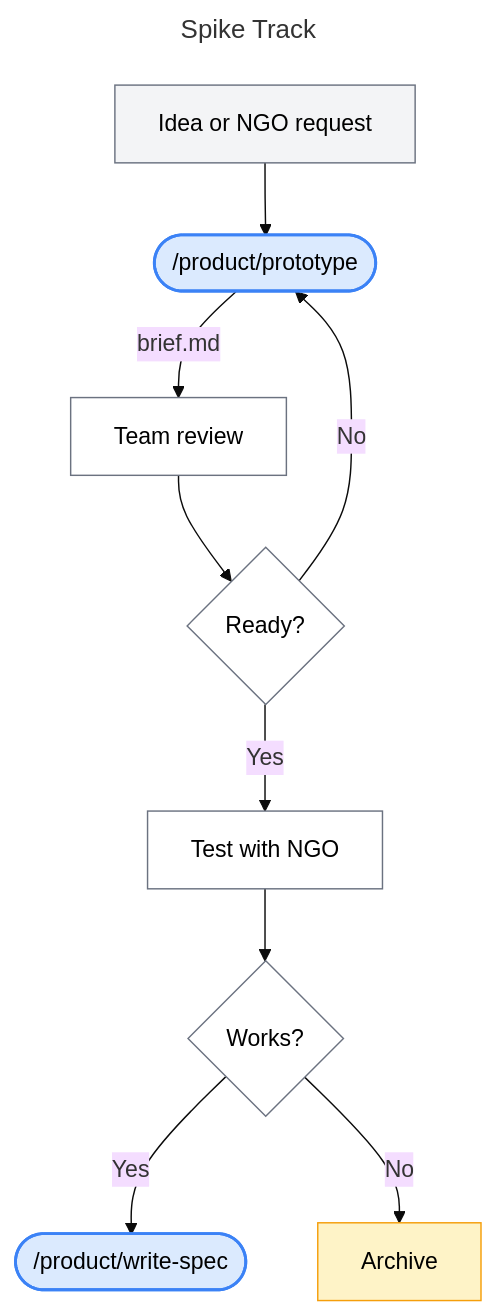
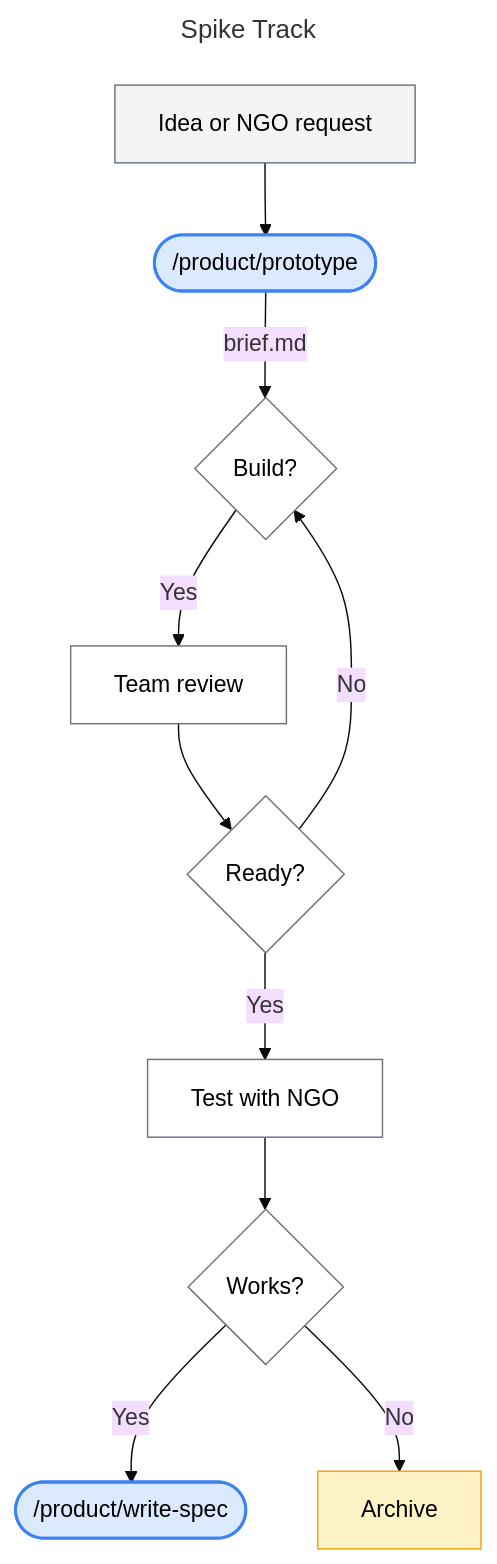
One commit to DalgoT4D/dalgo-core changed the first of 2 diagrams in README.md. Above: the diagram before and after it, drawn with Mermaid (base theme).

````diff
--- a/README.md
+++ b/README.md
@@ -58,23 +58,25 @@
 ```mermaid
 ---
 title: Spike Track
 ---
 flowchart TD
     A["Idea or NGO request"] --> B(["/product/prototype"])
-    B --> |"brief.md"| D["Team review"]
+    B --> |"brief.md"| C{"Build?"}
+    C --> |Yes| D["Team review"]
     D --> R{Ready?}
     R --> |Yes| F["Test with NGO"]
-    R --> |No| B
+    R --> |No| C
     F --> G{Works?}
     G --> |Yes| H(["/product/write-spec"])
     G --> |No| I["Archive"]
 
     style A fill:#f3f4f6,stroke:#6b7280,color:#000
     style B fill:#dbeafe,stroke:#3b82f6,color:#000,stroke-width:2px
+    style C fill:#fff,stroke:#6b7280,color:#000
     style D fill:#fff,stroke:#6b7280,color:#000
     style R fill:#fff,stroke:#6b7280,color:#000
     style F fill:#fff,stroke:#6b7280,color:#000
     style G fill:#fff,stroke:#6b7280,color:#000
     style H fill:#dbeafe,stroke:#3b82f6,color:#000,stroke-width:2px
     style I fill:#fef3c7,stroke:#f59e0b,color:#000
 ```
````
